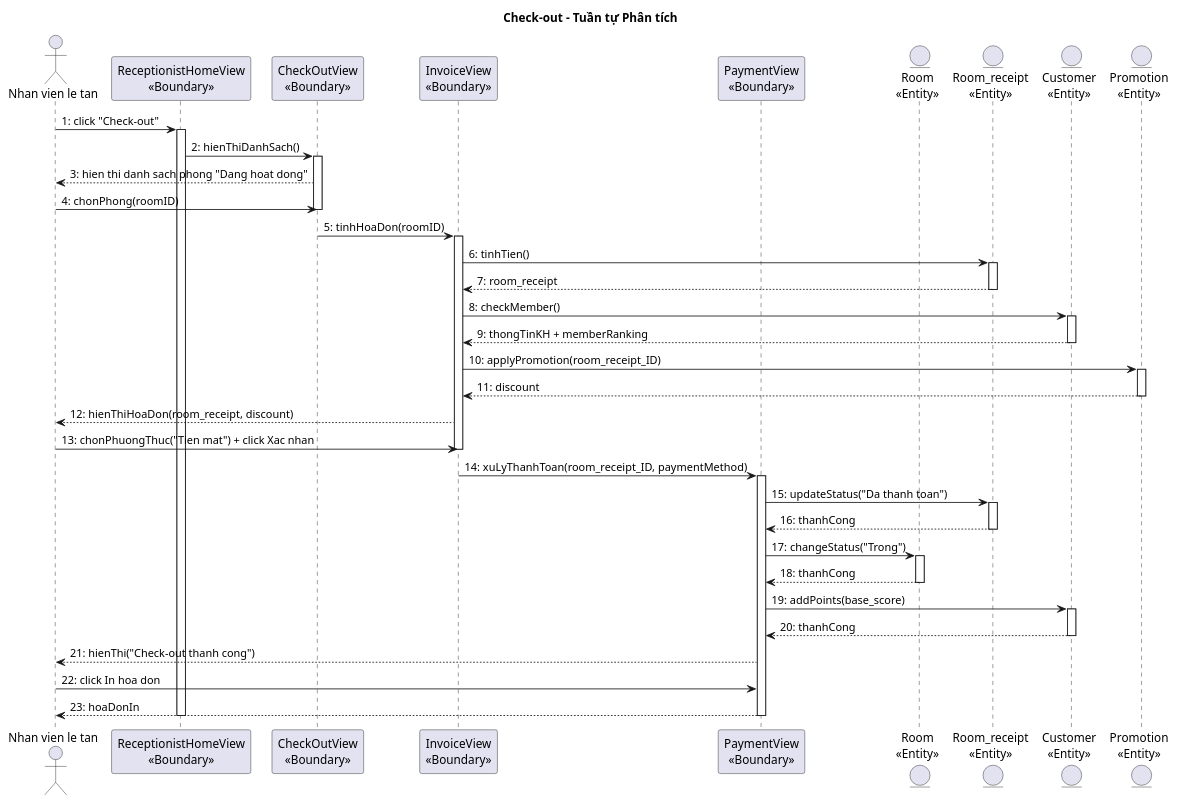
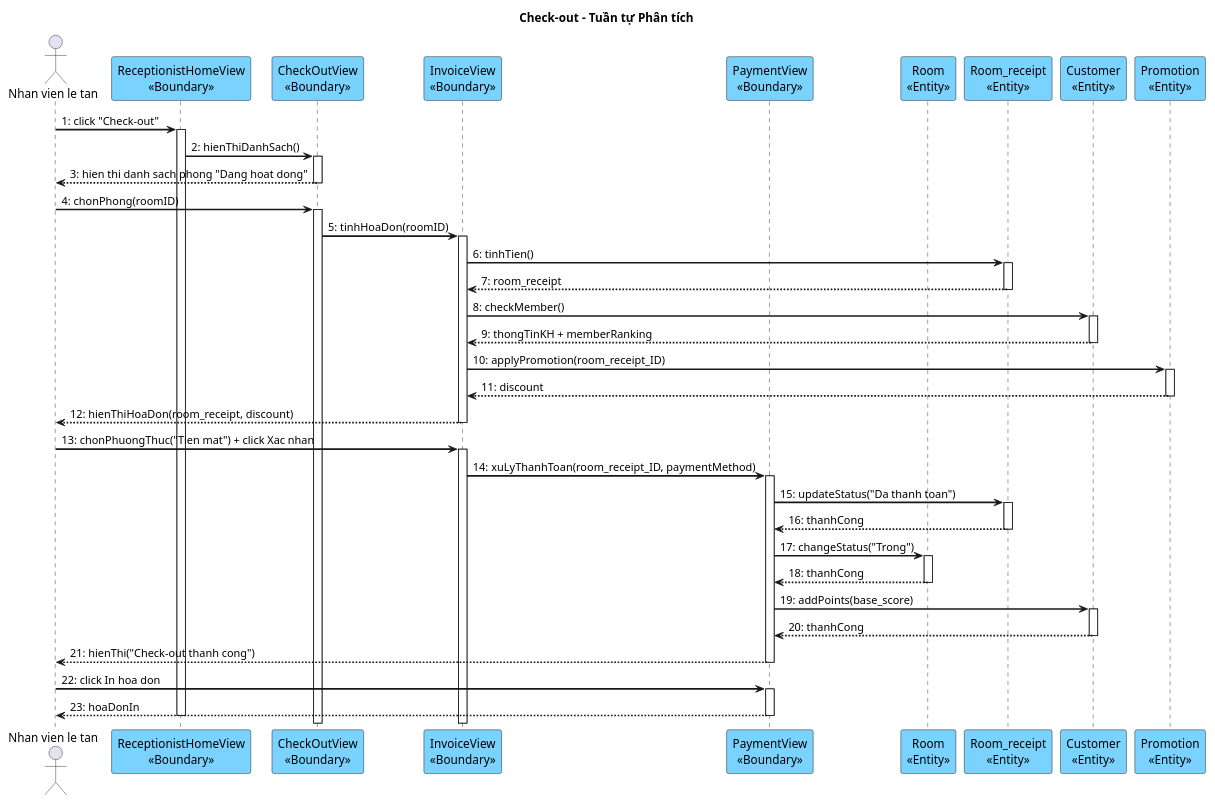
Before and after one commit to thanhtrnnn/cnpm: the eighth of 8 diagrams in docs/tabs/section-booking-ii.3-2.4.md, drawn with PlantUML. The commit also changed other lines of this file and 10 other files, not shown here.

First line of the commit message:
fix: update all 8 sequence diagrams with cnpm skill style

````diff
--- a/docs/tabs/section-booking-ii.3-2.4.md
+++ b/docs/tabs/section-booking-ii.3-2.4.md
@@ -545,59 +610,76 @@
 ```plantuml
 @startuml
+skinparam shadowing false
+skinparam SequenceMessageAlign left
+skinparam SequenceArrowThickness 2
+skinparam ParticipantBackgroundColor #7AD2FF
+skinparam ParticipantBorderColor black
+skinparam BoundaryBackgroundColor #7AD2FF
+skinparam BoundaryBorderColor black
+skinparam EntityBackgroundColor #7AD2FF
+skinparam EntityBorderColor black
+
 title Check-out – Tuần tự Phân tích
 
 actor "Nhan vien le tan" as NV
 participant "ReceptionistHomeView\n<<Boundary>>" as Home
-participant "CheckOutView\n<<Boundary>>" as CheckOut
-participant "InvoiceView\n<<Boundary>>" as Invoice
-participant "PaymentView\n<<Boundary>>" as Payment
-entity "Room\n<<Entity>>" as Room
-entity "Room_receipt\n<<Entity>>" as RR
-entity "Customer\n<<Entity>>" as Cust
-entity "Promotion\n<<Entity>>" as Promo
+participant "CheckOutView\n<<Boundary>>" as COV
+participant "InvoiceView\n<<Boundary>>" as IV
+participant "PaymentView\n<<Boundary>>" as PV
+participant "Room\n<<Entity>>" as Room
+participant "Room_receipt\n<<Entity>>" as RR
+participant "Customer\n<<Entity>>" as Cust
+participant "Promotion\n<<Entity>>" as Promo
 
 NV -> Home : 1: click "Check-out"
 activate Home
-Home -> CheckOut : 2: hienThiDanhSach()
-activate CheckOut
-CheckOut --> NV : 3: hien thi danh sach phong "Dang hoat dong"
-NV -> CheckOut : 4: chonPhong(roomID)
-deactivate CheckOut
-CheckOut -> Invoice : 5: tinhHoaDon(roomID)
-activate Invoice
-Invoice -> RR : 6: tinhTien()
+Home -> COV : 2: hienThiDanhSach()
+activate COV
+COV --> NV : 3: hien thi danh sach phong "Dang hoat dong"
+deactivate COV
+
+NV -> COV : 4: chonPhong(roomID)
+activate COV
+COV -> IV : 5: tinhHoaDon(roomID)
+activate IV
+IV -> RR : 6: tinhTien()
 activate RR
-RR --> Invoice : 7: room_receipt
+RR --> IV : 7: room_receipt
 deactivate RR
-Invoice -> Cust : 8: checkMember()
+IV -> Cust : 8: checkMember()
 activate Cust
-Cust --> Invoice : 9: thongTinKH + memberRanking
+Cust --> IV : 9: thongTinKH + memberRanking
 deactivate Cust
-Invoice -> Promo : 10: applyPromotion(room_receipt_ID)
+IV -> Promo : 10: applyPromotion(room_receipt_ID)
 activate Promo
-Promo --> Invoice : 11: discount
+Promo --> IV : 11: discount
 deactivate Promo
-Invoice --> NV : 12: hienThiHoaDon(room_receipt, discount)
-NV -> Invoice : 13: chonPhuongThuc("Tien mat") + click Xac nhan
-deactivate Invoice
-Invoice -> Payment : 14: xuLyThanhToan(room_receipt_ID, paymentMethod)
-activate Payment
-Payment -> RR : 15: updateStatus("Da thanh toan")
+IV --> NV : 12: hienThiHoaDon(room_receipt, discount)
+deactivate IV
+
+NV -> IV : 13: chonPhuongThuc("Tien mat") + click Xac nhan
+activate IV
+IV -> PV : 14: xuLyThanhToan(room_receipt_ID, paymentMethod)
+activate PV
+PV -> RR : 15: updateStatus("Da thanh toan")
 activate RR
-RR --> Payment : 16: thanhCong
+RR --> PV : 16: thanhCong
 deactivate RR
-Payment -> Room : 17: changeStatus("Trong")
+PV -> Room : 17: changeStatus("Trong")
 activate Room
-Room --> Payment : 18: thanhCong
+Room --> PV : 18: thanhCong
 deactivate Room
-Payment -> Cust : 19: addPoints(base_score)
+PV -> Cust : 19: addPoints(base_score)
 activate Cust
-Cust --> Payment : 20: thanhCong
+Cust --> PV : 20: thanhCong
 deactivate Cust
-Payment --> NV : 21: hienThi("Check-out thanh cong")
-NV -> Payment : 22: click In hoa don
-Payment --> NV : 23: hoaDonIn
-deactivate Payment
+PV --> NV : 21: hienThi("Check-out thanh cong")
+deactivate PV
+
+NV -> PV : 22: click In hoa don
+activate PV
+PV --> NV : 23: hoaDonIn
+deactivate PV
 deactivate Home
 @enduml
 ```
````
